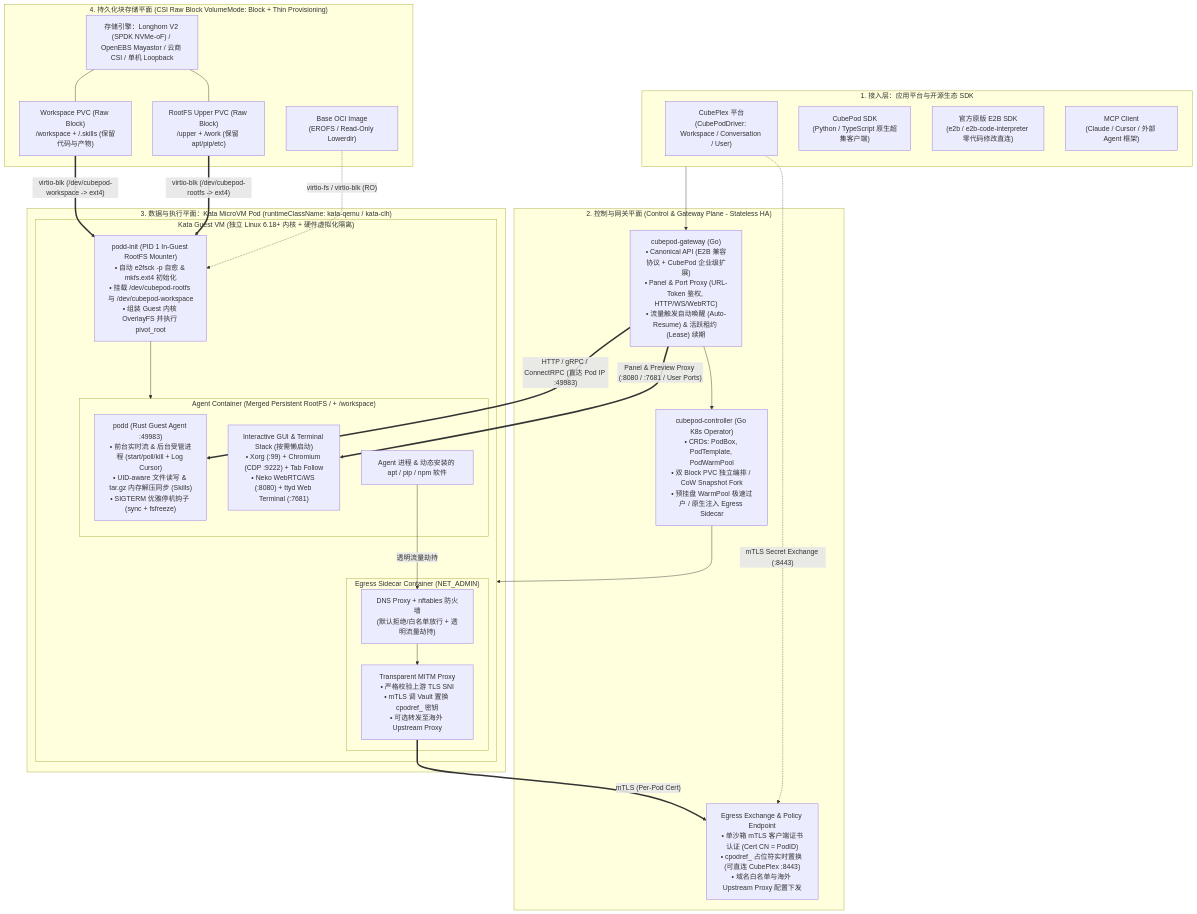
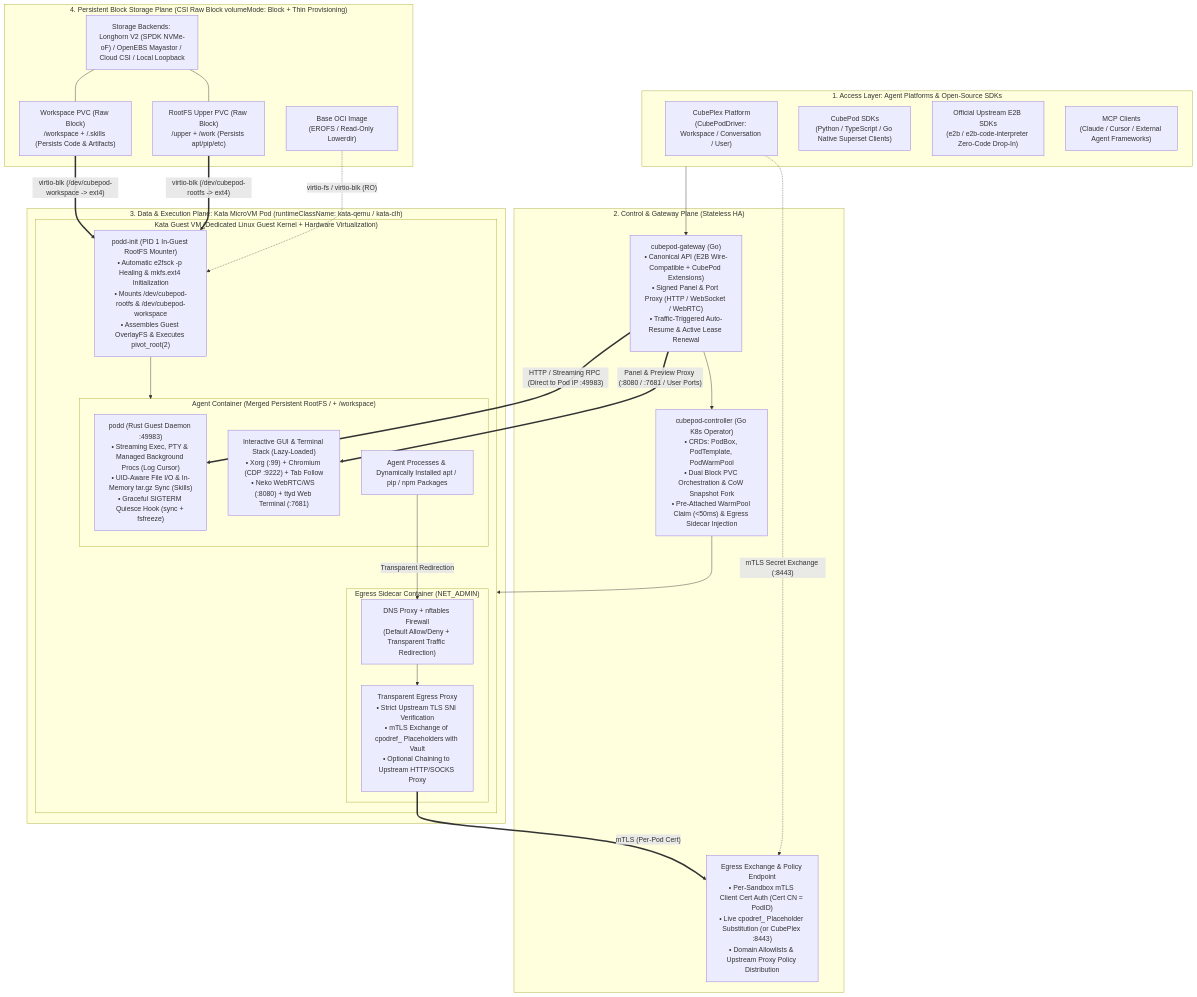
One commit to cubeplexai/cubepod changed the first of 2 diagrams in docs/architecture.md. Above: the diagram before and after it, drawn with Mermaid. The commit also changed other lines of this file and 2 other files, not shown here.

Commit message:
docs(architecture): translate architecture.md to English and preserve Chinese as architecture_zh.md

````diff
--- a/docs/architecture.md
+++ b/docs/architecture.md
@@ -52,54 +54,54 @@
 ```mermaid
 flowchart TB
-    subgraph Clients["1. 接入层：应用平台与开源生态 SDK"]
-        CP["CubePlex 平台<br/>(CubePodDriver: Workspace / Conversation / User)"]
-        SDK_Py["CubePod SDK<br/>(Python / TypeScript 原生超集客户端)"]
-        E2B_SDK["官方原版 E2B SDK<br/>(e2b / e2b-code-interpreter 零代码修改直连)"]
-        MCP["MCP Client<br/>(Claude / Cursor / 外部 Agent 框架)"]
+    subgraph Clients["1. Access Layer: Agent Platforms & Open-Source SDKs"]
+        CP["CubePlex Platform<br/>(CubePodDriver: Workspace / Conversation / User)"]
+        SDK_Py["CubePod SDKs<br/>(Python / TypeScript / Go Native Superset Clients)"]
+        E2B_SDK["Official Upstream E2B SDKs<br/>(e2b / e2b-code-interpreter Zero-Code Drop-In)"]
+        MCP["MCP Clients<br/>(Claude / Cursor / External Agent Frameworks)"]
     end
 
-    subgraph ControlPlane["2. 控制与网关平面 (Control & Gateway Plane - Stateless HA)"]
-        GW["cubepod-gateway (Go)<br/>• Canonical API (E2B 兼容协议 + CubePod 企业级扩展)<br/>• Panel & Port Proxy (URL-Token 鉴权, HTTP/WS/WebRTC)<br/>• 流量触发自动唤醒 (Auto-Resume) & 活跃租约 (Lease) 续期"]
-        Vault["Egress Exchange & Policy Endpoint<br/>• 单沙箱 mTLS 客户端证书认证 (Cert CN = PodID)<br/>• cpodref_ 占位符实时置换 (可直连 CubePlex :8443)<br/>• 域名白名单与海外 Upstream Proxy 配置下发"]
-        Op["cubepod-controller (Go K8s Operator)<br/>• CRDs: PodBox, PodTemplate, PodWarmPool<br/>• 双 Block PVC 独立编排 / CoW Snapshot Fork<br/>• 预挂盘 WarmPool 极速过户 / 原生注入 Egress Sidecar"]
+    subgraph ControlPlane["2. Control & Gateway Plane (Stateless HA)"]
+        GW["cubepod-gateway (Go)<br/>• Canonical API (E2B Wire-Compatible + CubePod Extensions)<br/>• Signed Panel & Port Proxy (HTTP / WebSocket / WebRTC)<br/>• Traffic-Triggered Auto-Resume & Active Lease Renewal"]
+        Vault["Egress Exchange & Policy Endpoint<br/>• Per-Sandbox mTLS Client Cert Auth (Cert CN = PodID)<br/>• Live cpodref_ Placeholder Substitution (or CubePlex :8443)<br/>• Domain Allowlists & Upstream Proxy Policy Distribution"]
+        Op["cubepod-controller (Go K8s Operator)<br/>• CRDs: PodBox, PodTemplate, PodWarmPool<br/>• Dual Block PVC Orchestration & CoW Snapshot Fork<br/>• Pre-Attached WarmPool Claim (<50ms) & Egress Sidecar Injection"]
     end
 
-    subgraph DataPlane["3. 数据与执行平面：Kata MicroVM Pod (runtimeClassName: kata-qemu / kata-clh)"]
-        subgraph GuestVM["Kata Guest VM (独立 Linux 6.18+ 内核 + 硬件虚拟化隔离)"]
-            Init["podd-init (PID 1 In-Guest RootFS Mounter)<br/>• 自动 e2fsck -p 自愈 & mkfs.ext4 初始化<br/>• 挂载 /dev/cubepod-rootfs 与 /dev/cubepod-workspace<br/>• 组装 Guest 内核 OverlayFS 并执行 pivot_root"]
-            
+    subgraph DataPlane["3. Data & Execution Plane: Kata MicroVM Pod (runtimeClassName: kata-qemu / kata-clh)"]
+        subgraph GuestVM["Kata Guest VM (Dedicated Linux Guest Kernel + Hardware Virtualization)"]
+            Init["podd-init (PID 1 In-Guest RootFS Mounter)<br/>• Automatic e2fsck -p Healing & mkfs.ext4 Initialization<br/>• Mounts /dev/cubepod-rootfs & /dev/cubepod-workspace<br/>• Assembles Guest OverlayFS & Executes pivot_root(2)"]
+
             subgraph MainContainer["Agent Container (Merged Persistent RootFS / + /workspace)"]
-                Podd["podd (Rust Guest Agent :49983)<br/>• 前台实时流 & 后台受管进程 (start/poll/kill + Log Cursor)<br/>• UID-aware 文件读写 & tar.gz 内存解压同步 (Skills)<br/>• SIGTERM 优雅停机钩子 (sync + fsfreeze)"]
-                Desktop["Interactive GUI & Terminal Stack (按需懒启动)<br/>• Xorg (:99) + Chromium (CDP :9222) + Tab Follow<br/>• Neko WebRTC/WS (:8080) + ttyd Web Terminal (:7681)"]
-                UserProc["Agent 进程 & 动态安装的 apt / pip / npm 软件"]
+                Podd["podd (Rust Guest Daemon :49983)<br/>• Streaming Exec, PTY & Managed Background Procs (Log Cursor)<br/>• UID-Aware File I/O & In-Memory tar.gz Sync (Skills)<br/>• Graceful SIGTERM Quiesce Hook (sync + fsfreeze)"]
+                Desktop["Interactive GUI & Terminal Stack (Lazy-Loaded)<br/>• Xorg (:99) + Chromium (CDP :9222) + Tab Follow<br/>• Neko WebRTC/WS (:8080) + ttyd Web Terminal (:7681)"]
+                UserProc["Agent Processes & Dynamically Installed apt / pip / npm Packages"]
             end
 
             subgraph SidecarContainer["Egress Sidecar Container (NET_ADMIN)"]
-                NFT["DNS Proxy + nftables 防火墙<br/>(默认拒绝/白名单放行 + 透明流量劫持)"]
-                MITM["Transparent MITM Proxy<br/>• 严格校验上游 TLS SNI<br/>• mTLS 调 Vault 置换 cpodref_ 密钥<br/>• 可选转发至海外 Upstream Proxy"]
+                NFT["DNS Proxy + nftables Firewall<br/>(Default Allow/Deny + Transparent Traffic Redirection)"]
+                MITM["Transparent Egress Proxy<br/>• Strict Upstream TLS SNI Verification<br/>• mTLS Exchange of cpodref_ Placeholders with Vault<br/>• Optional Chaining to Upstream HTTP/SOCKS Proxy"]
             end
         end
     end
 
-    subgraph StoragePlane["4. 持久化块存储平面 (CSI Raw Block VolumeMode: Block + Thin Provisioning)"]
+    subgraph StoragePlane["4. Persistent Block Storage Plane (CSI Raw Block volumeMode: Block + Thin Provisioning)"]
         RO["Base OCI Image<br/>(EROFS / Read-Only Lowerdir)"]
-        PVC_Root["RootFS Upper PVC (Raw Block)<br/>/upper + /work (保留 apt/pip/etc)"]
-        PVC_WS["Workspace PVC (Raw Block)<br/>/workspace + /.skills (保留代码与产物)"]
-        Engine["存储引擎：Longhorn V2 (SPDK NVMe-oF) / OpenEBS Mayastor / 云商 CSI / 单机 Loopback"]
+        PVC_Root["RootFS Upper PVC (Raw Block)<br/>/upper + /work (Persists apt/pip/etc)"]
+        PVC_WS["Workspace PVC (Raw Block)<br/>/workspace + /.skills (Persists Code & Artifacts)"]
+        Engine["Storage Backends: Longhorn V2 (SPDK NVMe-oF) / OpenEBS Mayastor / Cloud CSI / Local Loopback"]
     end
 
     Clients --> GW
     CP -. "mTLS Secret Exchange (:8443)" .-> Vault
     GW --> Op
-    GW == "HTTP / gRPC / ConnectRPC (直达 Pod IP :49983)" ==> Podd
+    GW == "HTTP / Streaming RPC (Direct to Pod IP :49983)" ==> Podd
     GW == "Panel & Preview Proxy (:8080 / :7681 / User Ports)" ==> Desktop
     MITM == "mTLS (Per-Pod Cert)" ==> Vault
     Op --> GuestVM
     Init --> MainContainer
-    UserProc -- "透明流量劫持" --> NFT --> MITM
+    UserProc -- "Transparent Redirection" --> NFT --> MITM
     RO -. "virtio-fs / virtio-blk (RO)" .-> Init
     PVC_Root == "virtio-blk (/dev/cubepod-rootfs -> ext4)" ==> Init
     PVC_WS == "virtio-blk (/dev/cubepod-workspace -> ext4)" ==> Init
     Engine --- PVC_Root
     Engine --- PVC_WS
 ```
````
